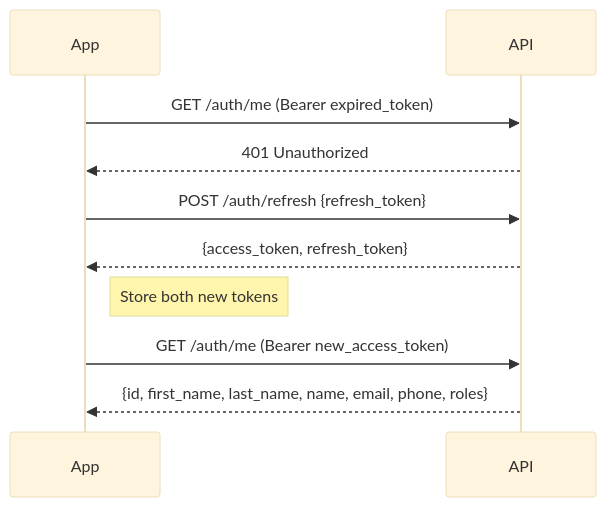
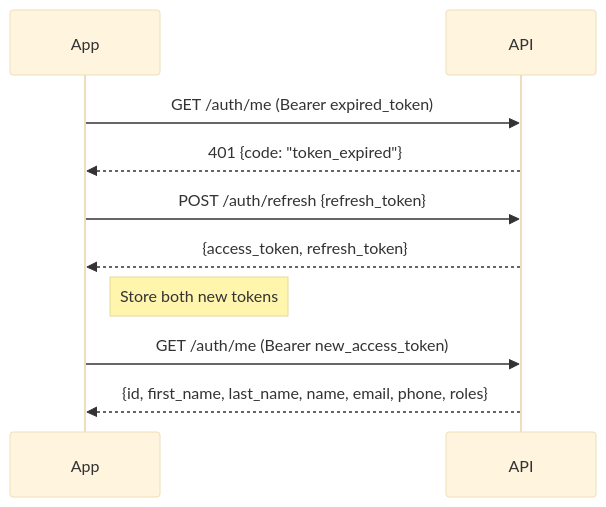
The third of 4 diagrams in packages/headless-auth/docs/integration-guide.md (AmitGurbani/wordpress-plugins), drawn with Mermaid (base theme) before and after one commit. The commit also changed other lines of this file and 15 other files, not shown here.

First line of the commit message:
feat(headless-auth): ✨ add token_expired error and refresh grace period

````diff
--- a/packages/headless-auth/docs/integration-guide.md
+++ b/packages/headless-auth/docs/integration-guide.md
@@ -89,16 +89,16 @@
 ```mermaid
 sequenceDiagram
     participant App
     participant API
 
     App->>API: GET /auth/me (Bearer expired_token)
-    API-->>App: 401 Unauthorized
+    API-->>App: 401 {code: "token_expired"}
 
     App->>API: POST /auth/refresh {refresh_token}
     API-->>App: {access_token, refresh_token}
 
     Note right of App: Store both new tokens
 
     App->>API: GET /auth/me (Bearer new_access_token)
     API-->>App: {id, first_name, last_name, name, email, phone, roles}
 ```
````
